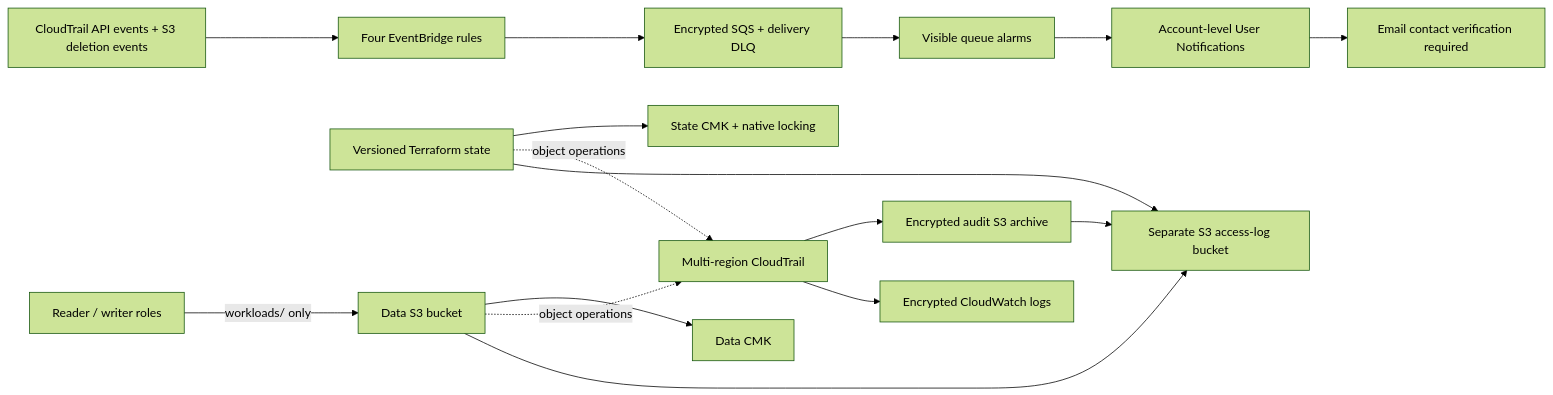
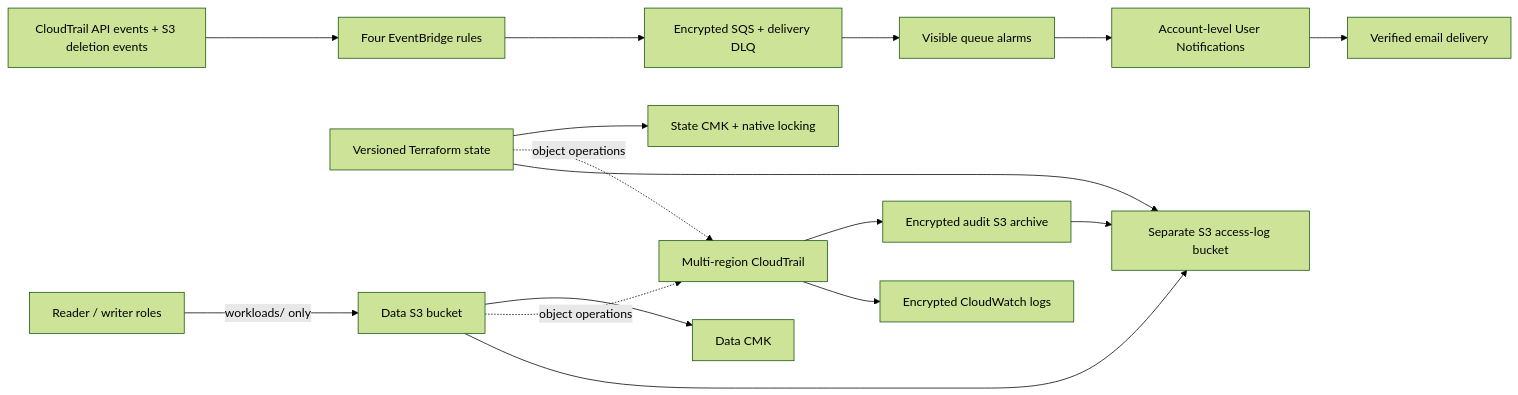
Before and after one commit to jayekwere/secure-aws-platform: the diagram in README.md, drawn with Mermaid (forest theme). The commit also changed other lines of this file and 5 other files, not shown here.

````diff
--- a/README.md
+++ b/README.md
@@ -18,18 +18,18 @@
 ```mermaid
 flowchart LR
     Roles["Reader / writer roles"] -->|"workloads/ only"| Data["Data S3 bucket"]
     Data --> DataKey["Data CMK"]
     State["Versioned Terraform state"] --> StateKey["State CMK + native locking"]
     Data -. "object operations" .-> Trail["Multi-region CloudTrail"]
     State -. "object operations" .-> Trail
     Trail --> Archive["Encrypted audit S3 archive"]
     Trail --> CW["Encrypted CloudWatch logs"]
     Events["CloudTrail API events + S3 deletion events"] --> Rules["Four EventBridge rules"]
     Rules --> Queue["Encrypted SQS + delivery DLQ"]
     Queue --> Alarms["Visible queue alarms"]
     Alarms --> Notifications["Account-level User Notifications"]
-    Notifications --> Email["Email contact verification required"]
+    Notifications --> Email["Verified email delivery"]
     Data --> Access["Separate S3 access-log bucket"]
     State --> Access
     Archive --> Access
 ```
````
